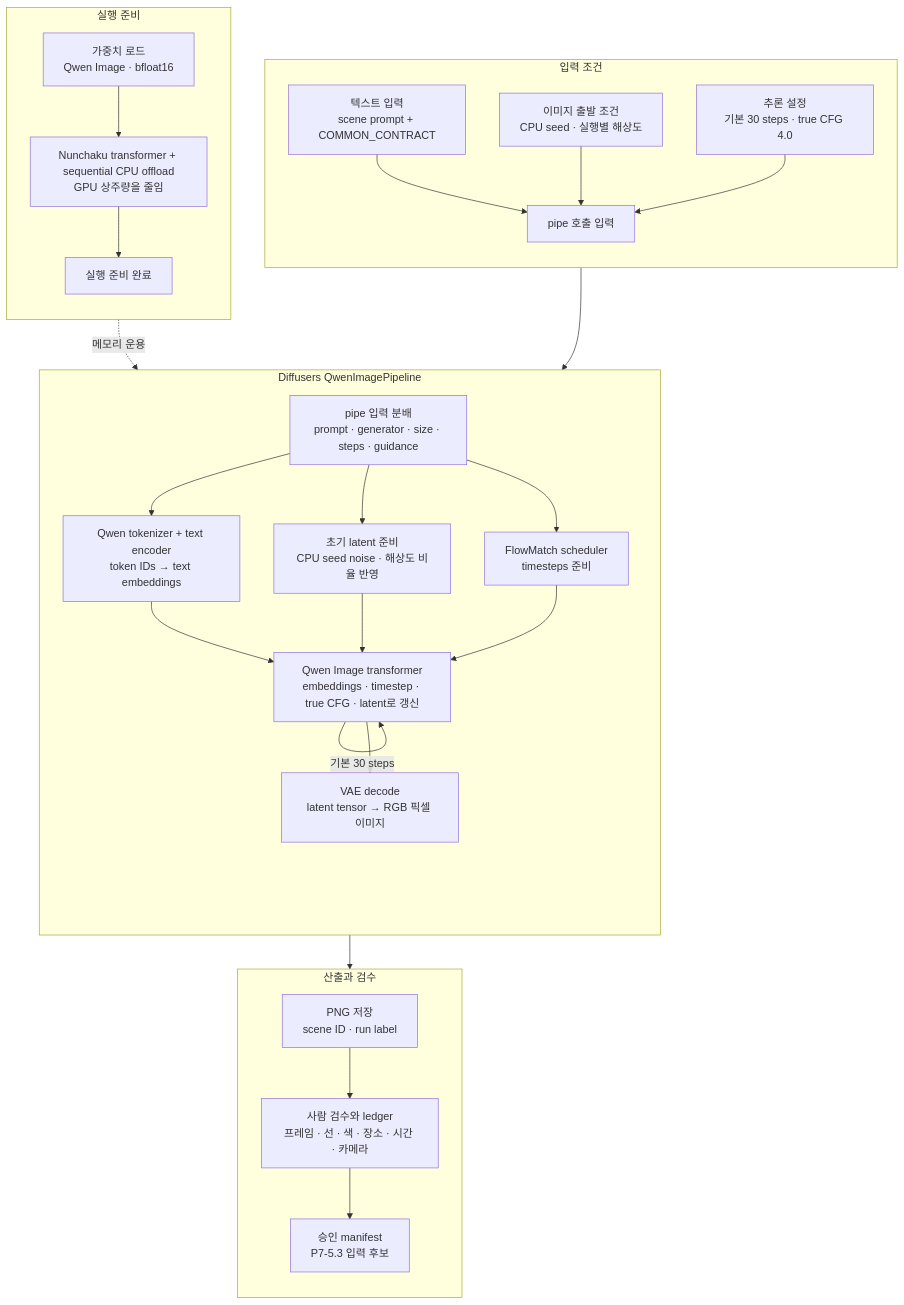
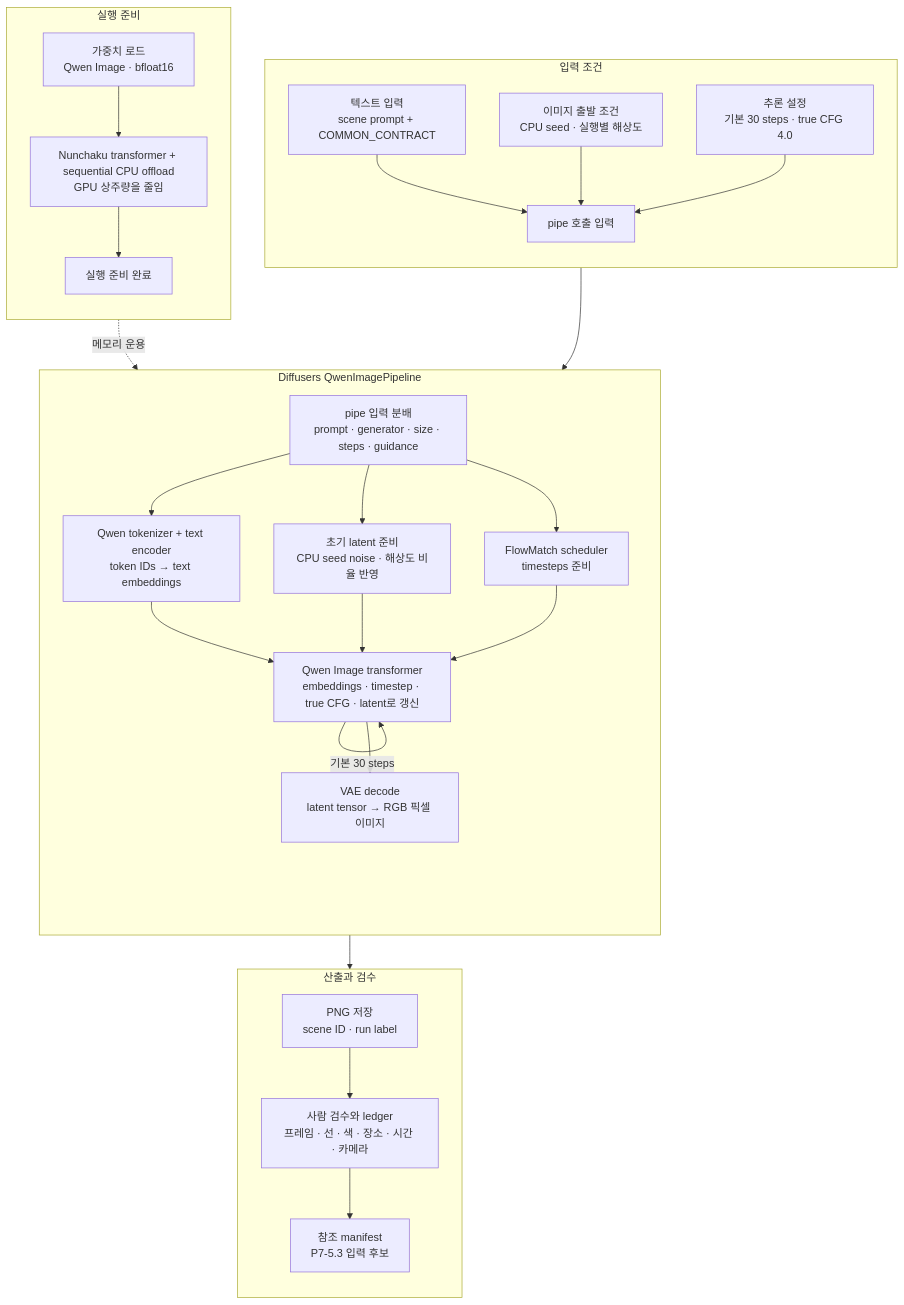
The diagram in docs/assets/part-07/chapter-05/p7-5-1-ai-model-inference-pipeline-ko.mmd (devchan64/AiBook), drawn with Mermaid before and after one commit. The commit also changed 9 other files, not shown here.

```diff
--- a/docs/assets/part-07/chapter-05/p7-5-1-ai-model-inference-pipeline-ko.mmd
+++ b/docs/assets/part-07/chapter-05/p7-5-1-ai-model-inference-pipeline-ko.mmd
@@ -1,49 +1,49 @@
 flowchart TD
   subgraph input["입력 조건"]
     direction TB
     prompt_input["텍스트 입력<br/>scene prompt + COMMON_CONTRACT"]
     latent_input["이미지 출발 조건<br/>CPU seed · 실행별 해상도"]
     run_input["추론 설정<br/>기본 30 steps · true CFG 4.0"]
     input_bundle["pipe 호출 입력"]
   end
 
   subgraph prepare["실행 준비"]
     direction TB
     weights["가중치 로드<br/>Qwen Image · bfloat16"]
     offload["Nunchaku transformer + sequential CPU offload<br/>GPU 상주량을 줄임"]
     ready["실행 준비 완료"]
   end
 
   subgraph pipeline["Diffusers QwenImagePipeline"]
     direction TB
     apply_input["pipe 입력 분배<br/>prompt · generator · size · steps · guidance"]
     text["Qwen tokenizer + text encoder<br/>token IDs → text embeddings"]
     latent["초기 latent 준비<br/>CPU seed noise · 해상도 비율 반영"]
     schedule["FlowMatch scheduler<br/>timesteps 준비"]
     transformer["Qwen Image transformer<br/>embeddings · timestep · true CFG · latent로 갱신"]
     decode["VAE decode<br/>latent tensor → RGB 픽셀 이미지"]
   end
 
   subgraph result["산출과 검수"]
     direction TB
     output["PNG 저장<br/>scene ID · run label"]
     review["사람 검수와 ledger<br/>프레임 · 선 · 색 · 장소 · 시간 · 카메라"]
-    manifest["승인 manifest<br/>P7-5.3 입력 후보"]
+    manifest["참조 manifest<br/>P7-5.3 입력 후보"]
   end
 
   prompt_input --> input_bundle
   latent_input --> input_bundle
   run_input --> input_bundle
 
   weights --> offload --> ready
   ready -.메모리 운용.-> apply_input
 
   input_bundle --> apply_input
   apply_input --> text
   apply_input --> latent
   apply_input --> schedule
   text --> transformer
   latent --> transformer
   schedule --> transformer
   transformer -->|기본 30 steps| transformer
   transformer --> decode --> output --> review --> manifest
```
